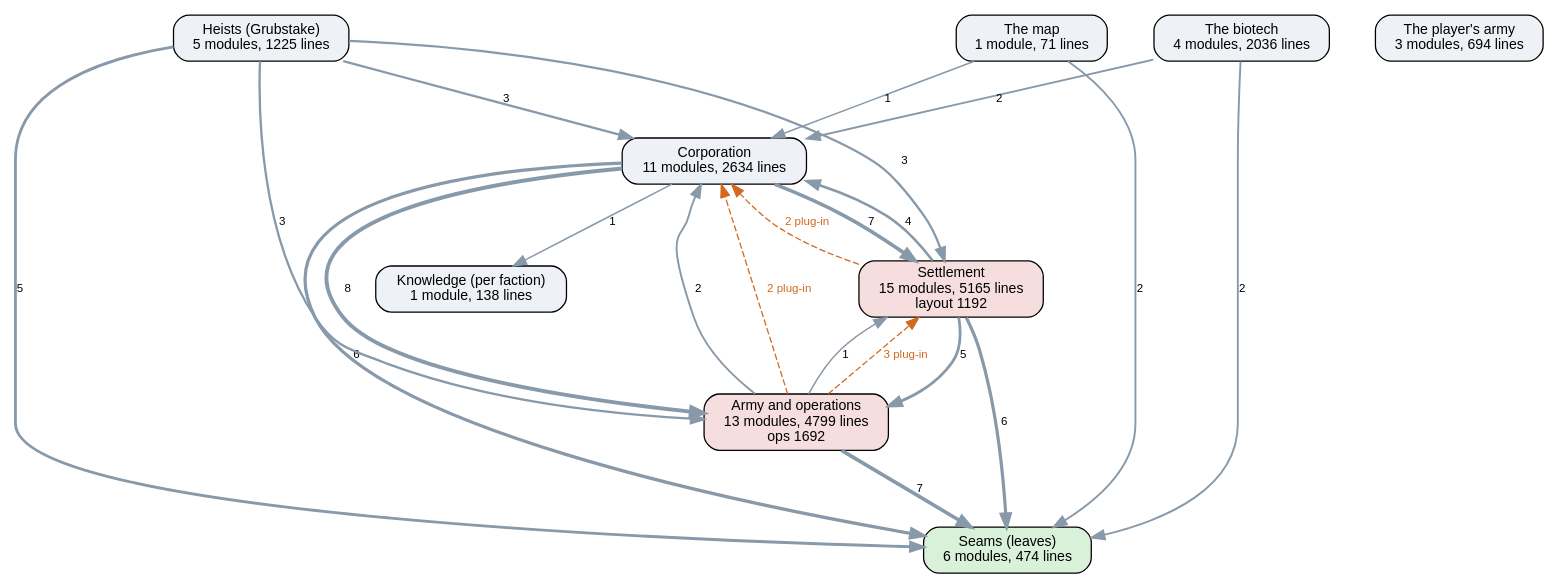
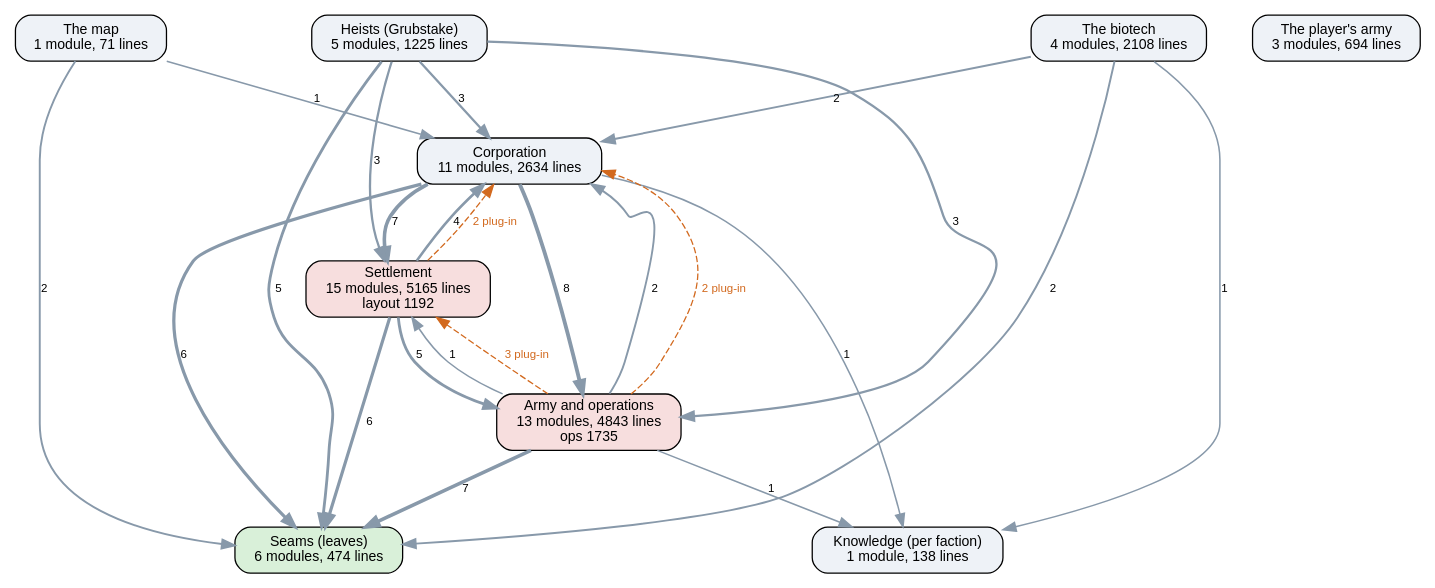
One commit to kinelhu/landing-party changed the diagram in docs/ai-layers.dot. Above: the diagram before and after it, drawn with Graphviz. The commit also changed 15 other files, not shown here.

```diff
--- a/docs/ai-layers.dot
+++ b/docs/ai-layers.dot
@@ -1,35 +1,37 @@
 digraph layers {
   graph [rankdir=TB, fontname="Helvetica", nodesep=0.5, ranksep=0.7];
   node [shape=box, style="rounded,filled", fontname="Helvetica", fontsize=11, fillcolor="#eef2f7"];
   edge [color="#8899aa", fontname="Helvetica", fontsize=9];
   "Seams (leaves)" [label="Seams (leaves)\n6 modules, 474 lines", fillcolor="#d9f0d9"];
   "Knowledge (per faction)" [label="Knowledge (per faction)\n1 module, 138 lines", fillcolor="#eef2f7"];
   "Corporation" [label="Corporation\n11 modules, 2634 lines", fillcolor="#eef2f7"];
   "Settlement" [label="Settlement\n15 modules, 5165 lines\nlayout 1192", fillcolor="#f7dede"];
-  "Army and operations" [label="Army and operations\n13 modules, 4799 lines\nops 1692", fillcolor="#f7dede"];
+  "Army and operations" [label="Army and operations\n13 modules, 4843 lines\nops 1735", fillcolor="#f7dede"];
   "Heists (Grubstake)" [label="Heists (Grubstake)\n5 modules, 1225 lines", fillcolor="#eef2f7"];
-  "The biotech" [label="The biotech\n4 modules, 2036 lines", fillcolor="#eef2f7"];
+  "The biotech" [label="The biotech\n4 modules, 2108 lines", fillcolor="#eef2f7"];
   "The map" [label="The map\n1 module, 71 lines", fillcolor="#eef2f7"];
   "The player's army" [label="The player's army\n3 modules, 694 lines", fillcolor="#eef2f7"];
   "Army and operations" -> "Corporation" [label="2", penwidth=1.5];
+  "Army and operations" -> "Knowledge (per faction)" [label="1", penwidth=1.2];
   "Army and operations" -> "Seams (leaves)" [label="7", penwidth=2.8];
   "Army and operations" -> "Settlement" [label="1", penwidth=1.2];
   "Corporation" -> "Army and operations" [label="8", penwidth=3.0];
   "Corporation" -> "Knowledge (per faction)" [label="1", penwidth=1.2];
   "Corporation" -> "Seams (leaves)" [label="6", penwidth=2.5];
   "Corporation" -> "Settlement" [label="7", penwidth=2.8];
   "Heists (Grubstake)" -> "Army and operations" [label="3", penwidth=1.8];
   "Heists (Grubstake)" -> "Corporation" [label="3", penwidth=1.8];
   "Heists (Grubstake)" -> "Seams (leaves)" [label="5", penwidth=2.2];
   "Heists (Grubstake)" -> "Settlement" [label="3", penwidth=1.8];
   "Settlement" -> "Army and operations" [label="5", penwidth=2.2];
   "Settlement" -> "Corporation" [label="4", penwidth=2.0];
   "Settlement" -> "Seams (leaves)" [label="6", penwidth=2.5];
   "The biotech" -> "Corporation" [label="2", penwidth=1.5];
+  "The biotech" -> "Knowledge (per faction)" [label="1", penwidth=1.2];
   "The biotech" -> "Seams (leaves)" [label="2", penwidth=1.5];
   "The map" -> "Corporation" [label="1", penwidth=1.2];
   "The map" -> "Seams (leaves)" [label="2", penwidth=1.5];
   "Army and operations" -> "Corporation" [style=dashed, color="#d2691e", fontcolor="#d2691e", label="2 plug-in"];
   "Army and operations" -> "Settlement" [style=dashed, color="#d2691e", fontcolor="#d2691e", label="3 plug-in"];
   "Settlement" -> "Corporation" [style=dashed, color="#d2691e", fontcolor="#d2691e", label="2 plug-in"];
 }
```
